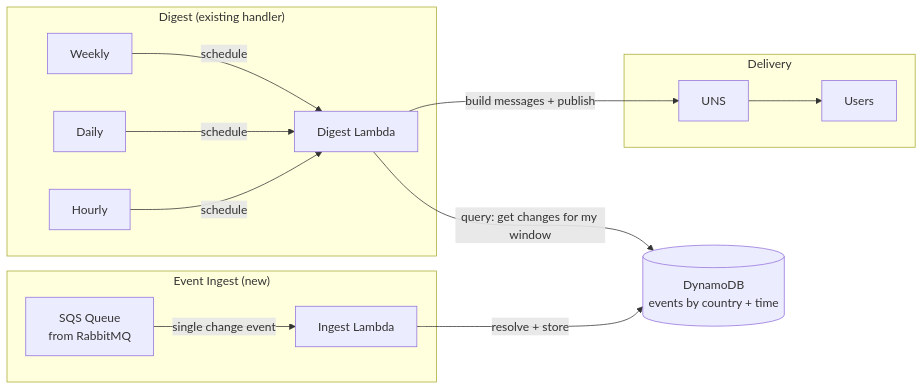
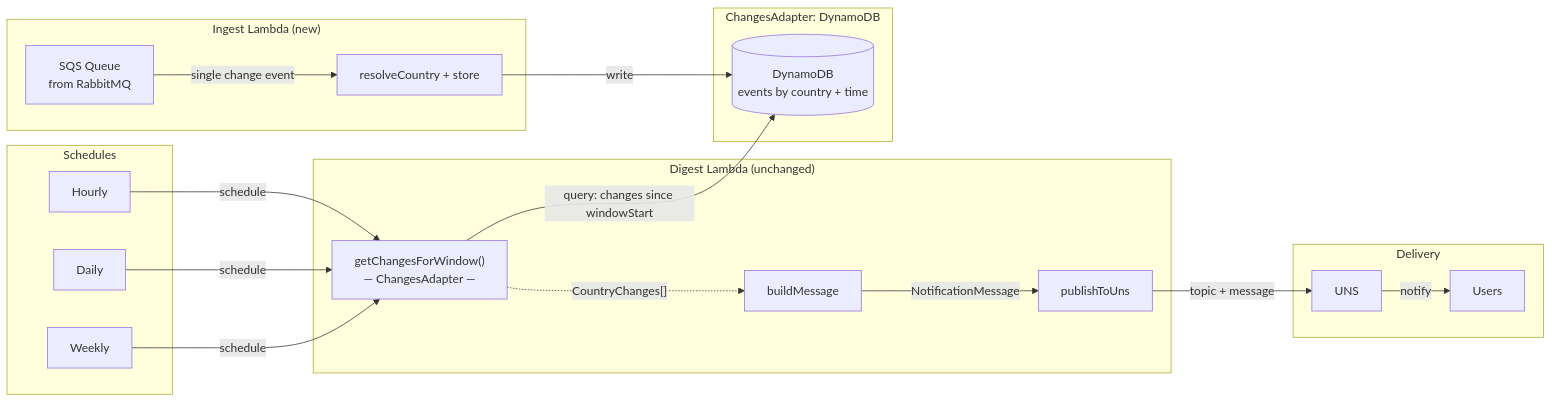
Before and after one commit to govuk-once/events-aggregator: the second of 2 diagrams in README.md, drawn with Mermaid. The commit also changed other lines of this file, not shown here.

Commit message:
docs: align now/future diagrams with shared language at the seams
Both diagrams now use the same Digest Lambda structure:
Schedules → getChangesForWindow (ChangesAdapter) → CountryChanges[]
→ buildMessage → NotificationMessage → publishToUns → UNS → Users

The only difference is what sits behind the adapter:
- Now: GOV.UK Search + Content APIs
- Future: DynamoDB (fed by an Ingest Lambda)

````diff
--- a/README.md
+++ b/README.md
@@ -181,29 +180,38 @@
 ```mermaid
 flowchart LR
-    subgraph "Event Ingest (new)"
+    subgraph "Ingest Lambda (new)"
         Q[SQS Queue\nfrom RabbitMQ]
-        IL[Ingest Lambda]
+        IL[resolveCountry + store]
     end
 
-    DB[(DynamoDB\nevents by country + time)]
-
-    subgraph "Digest (existing handler)"
+    subgraph Schedules
         H[Hourly]
         D[Daily]
         W[Weekly]
-        DL[Digest Lambda]
+    end
+
+    subgraph "Digest Lambda (unchanged)"
+        GCW["getChangesForWindow()\n— ChangesAdapter —"]
+        Build[buildMessage]
+        Pub[publishToUns]
+    end
+
+    subgraph "ChangesAdapter: DynamoDB"
+        DB[(DynamoDB\nevents by country + time)]
     end
 
     subgraph Delivery
         UNS[UNS]
         Users[Users]
     end
 
     Q -->|single change event| IL
-    IL -->|resolve + store| DB
+    IL -->|write| DB
 
-    H & D & W -->|schedule| DL
-    DL -->|"query: get changes for my window"| DB
-    DL -->|build messages + publish| UNS
-    UNS --> Users
+    H & D & W -->|schedule| GCW
+    GCW -->|"query: changes since windowStart"| DB
+    GCW -.->|"CountryChanges[]"| Build
+    Build -->|NotificationMessage| Pub
+    Pub -->|topic + message| UNS
+    UNS -->|notify| Users
 ```
````
